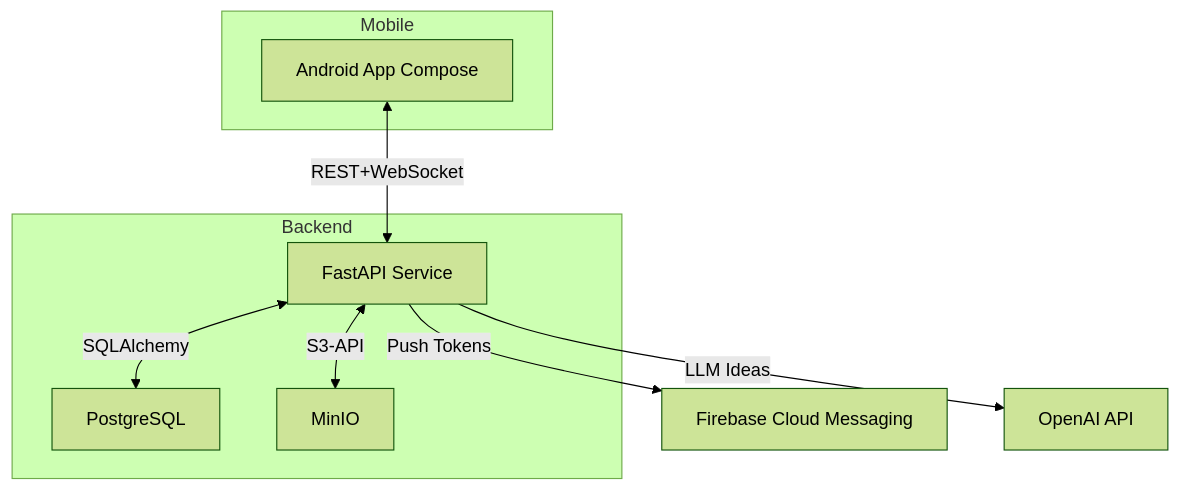
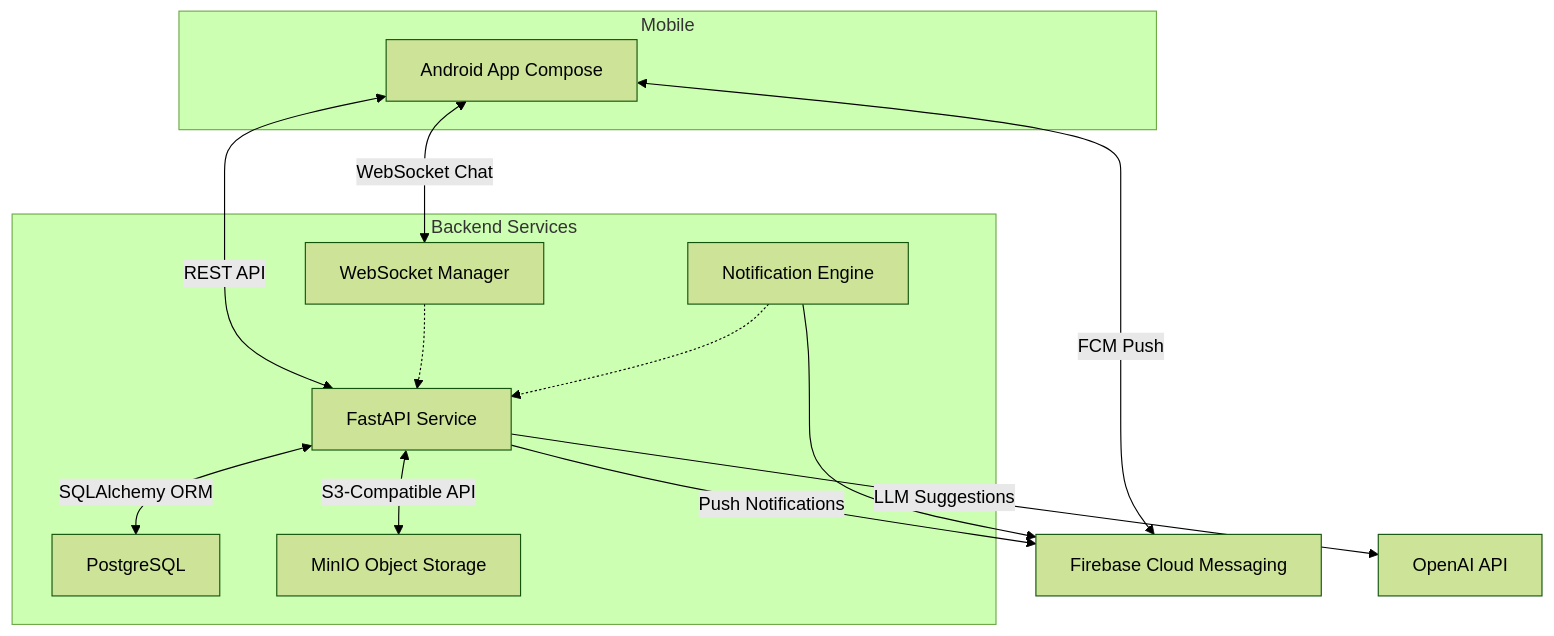
One commit to tahmidahmed1/ECE452-s25-group-9 changed the first of 3 diagrams in ARCHITECTURE.md. Above: the diagram before and after it, drawn with Mermaid (forest theme). The commit also changed other lines of this file and 17 other files, not shown here.

````diff
--- a/ARCHITECTURE.md
+++ b/ARCHITECTURE.md
@@ -18,18 +18,25 @@
 ```mermaid
 graph TD;
   subgraph Mobile [Mobile]
     A[Android App Compose]
   end
-  subgraph Backend [Backend]
+  subgraph Backend [Backend Services]
     B[FastAPI Service]
     C[PostgreSQL]
-    D[MinIO]
+    D[MinIO Object Storage]
+    G[WebSocket Manager]
+    H[Notification Engine]
   end
   E[Firebase Cloud Messaging]
   F[OpenAI API]
-  A <--> |REST+WebSocket| B
-  B <-->|SQLAlchemy| C
-  B <-->|S3-API| D
-  B --> |Push Tokens| E
-  B --> |LLM Ideas| F
+  A <--> |REST API| B
+  A <--> |WebSocket Chat| G
+  A <--> |FCM Push| E
+  B <-->|SQLAlchemy ORM| C
+  B <-->|S3-Compatible API| D
+  B --> |Push Notifications| E
+  B --> |LLM Suggestions| F
+  G -.-> B
+  H -.-> B
+  H --> E
 ```
````
